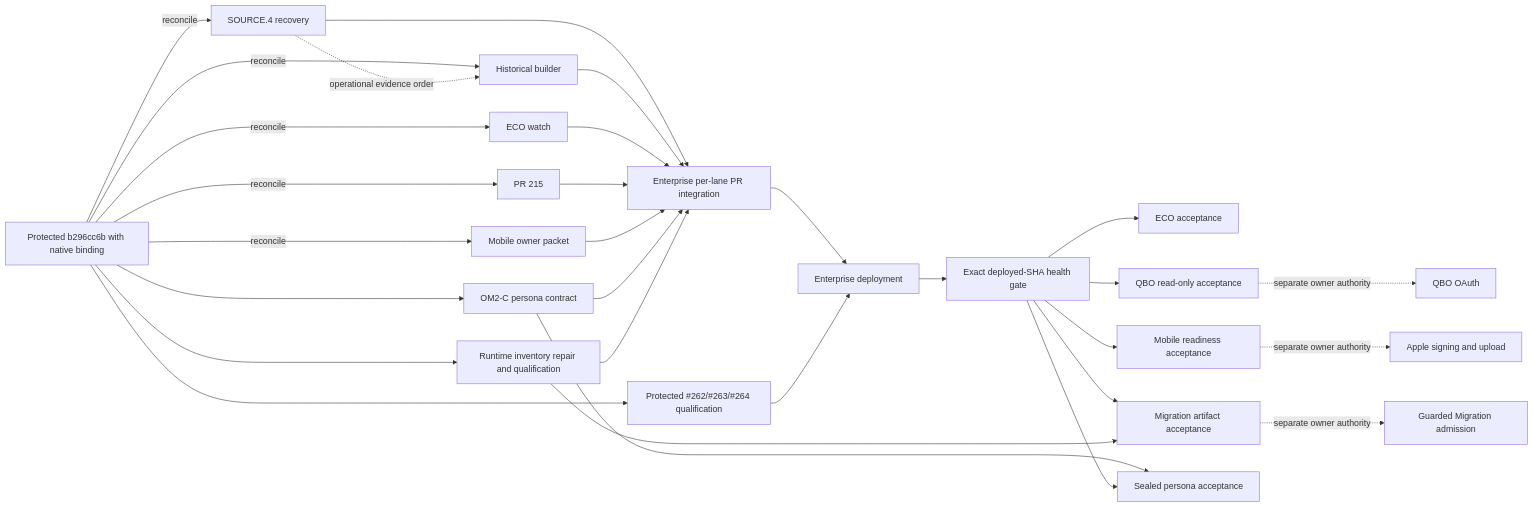
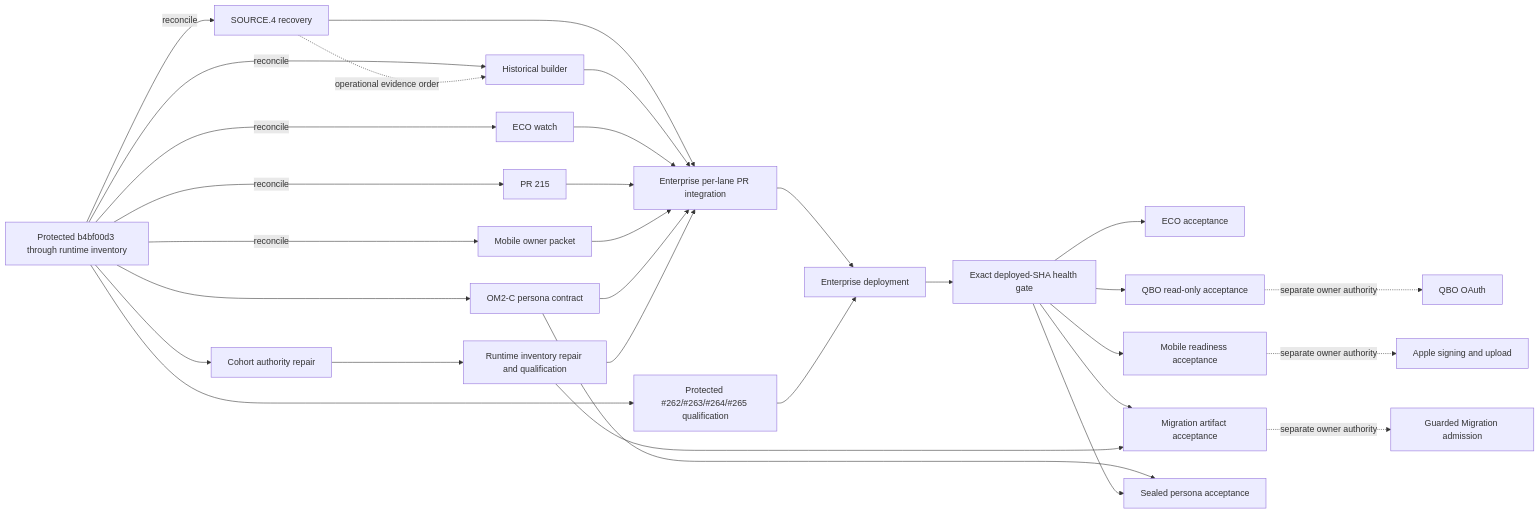
Before and after one commit to ACPEnterprise/ACP-Enterprise: the diagram in docs/operations/launch-20260911/om1-enterprise-integration-queue-current.md, drawn with Mermaid. The commit also changed other lines of this file, not shown here.

Commit message:
docs(enterprise): advance queue through migration PR 265

````diff
--- a/docs/operations/launch-20260911/om1-enterprise-integration-queue-current.md
+++ b/docs/operations/launch-20260911/om1-enterprise-integration-queue-current.md
@@ -130,32 +138,33 @@
 ```mermaid
 flowchart LR
-    A[Protected b296cc6b with native binding] -->|reconcile| R[SOURCE.4 recovery]
+    A[Protected b4bf00d3 through runtime inventory] -->|reconcile| R[SOURCE.4 recovery]
     A --> C[OM2-C persona contract]
-    A --> L[Protected #262/#263/#264 qualification]
-    A --> U[Runtime inventory repair and qualification]
+    A --> L[Protected #262/#263/#264/#265 qualification]
+    A --> K[Cohort authority repair]
+    K --> U[Runtime inventory repair and qualification]
     A -->|reconcile| B[Historical builder]
     A -->|reconcile| E[ECO watch]
     A -->|reconcile| P[PR 215]
     A -->|reconcile| M[Mobile owner packet]
     R -.->|operational evidence order| B
     R --> I[Enterprise per-lane PR integration]
     B --> I
     E --> I
     P --> I
     M --> I
     C --> I
     U --> I
     I --> D[Enterprise deployment]
     L --> D
     D --> H[Exact deployed-SHA health gate]
     H --> EA[ECO acceptance]
     H --> QA[QBO read-only acceptance]
     H --> MA[Mobile readiness acceptance]
     H --> XA[Migration artifact acceptance]
     U --> XA
     C --> PA[Sealed persona acceptance]
     H --> PA
     XA -.->|separate owner authority| MG[Guarded Migration admission]
     QA -.->|separate owner authority| QG[QBO OAuth]
     MA -.->|separate owner authority| AG[Apple signing and upload]
 ```
````
